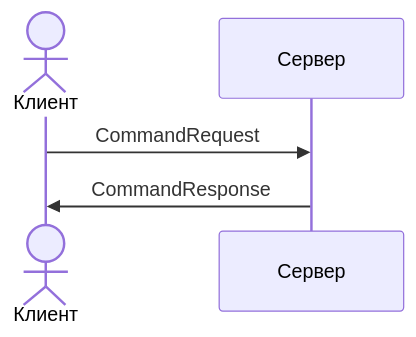
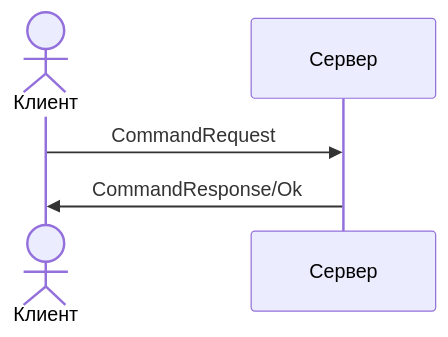
One commit to ashenBlade/TaskFlux changed the second of 4 diagrams in docs/developer/client-network-protocol.md. Above: the diagram before and after it, drawn with Mermaid. The commit also changed other lines of this file and 12 other files, not shown here.

````diff
--- a/docs/developer/client-network-protocol.md
+++ b/docs/developer/client-network-protocol.md
@@ -73,8 +77,8 @@
 ```mermaid
 sequenceDiagram
     actor Клиент
     participant Сервер
         
     Клиент->>Сервер: CommandRequest
-    Сервер->>Клиент: CommandResponse
+   Сервер ->> Клиент: CommandResponse/Ok
 ```
````
